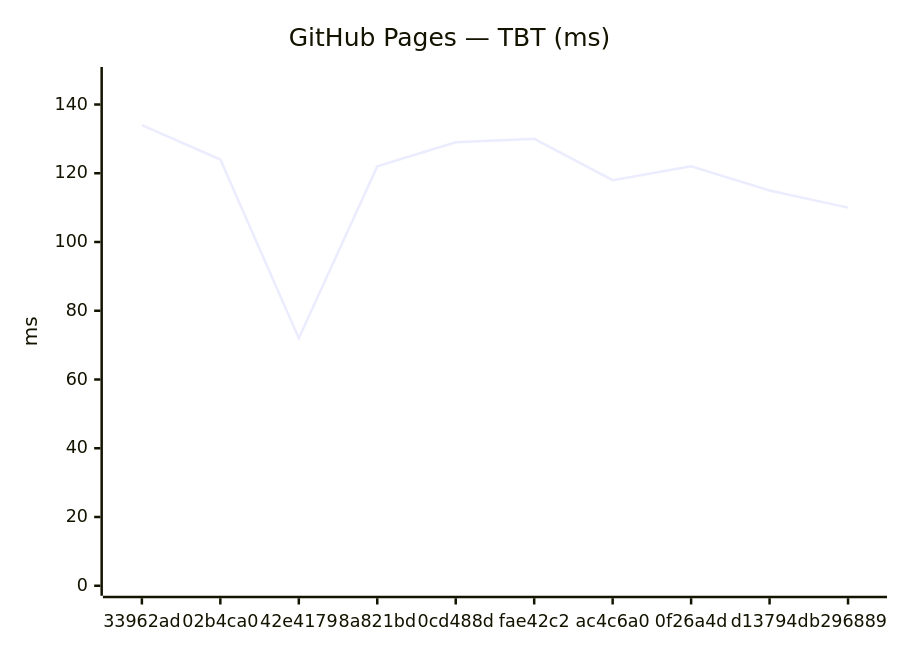
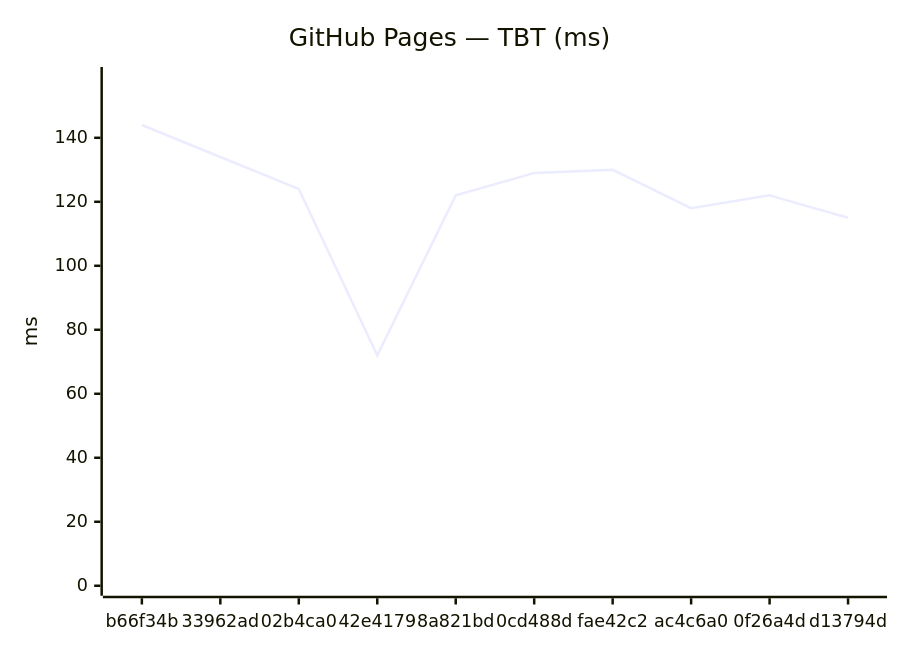
One commit to Metaheurist/Rianell changed the fourth of 18 diagrams in benchmarks/compare.md. Above: the diagram before and after it, drawn with Mermaid. The commit also changed other lines of this file and 11 other files, not shown here.

````diff
--- a/benchmarks/compare.md
+++ b/benchmarks/compare.md
@@ -61,7 +61,7 @@
 ```mermaid
 xychart-beta
     title "GitHub Pages — TBT (ms)"
-    x-axis ["33962ad", "02b4ca0", "42e4179", "8a821bd", "0cd488d", "fae42c2", "ac4c6a0", "0f26a4d", "d13794d", "b296889"]
-    y-axis "ms" 0 --> 148
-    line [134, 124, 72, 122, 129, 130, 118, 122, 115, 110]
+    x-axis ["b66f34b", "33962ad", "02b4ca0", "42e4179", "8a821bd", "0cd488d", "fae42c2", "ac4c6a0", "0f26a4d", "d13794d"]
+    y-axis "ms" 0 --> 159
+    line [144, 134, 124, 72, 122, 129, 130, 118, 122, 115]
 ```
````
